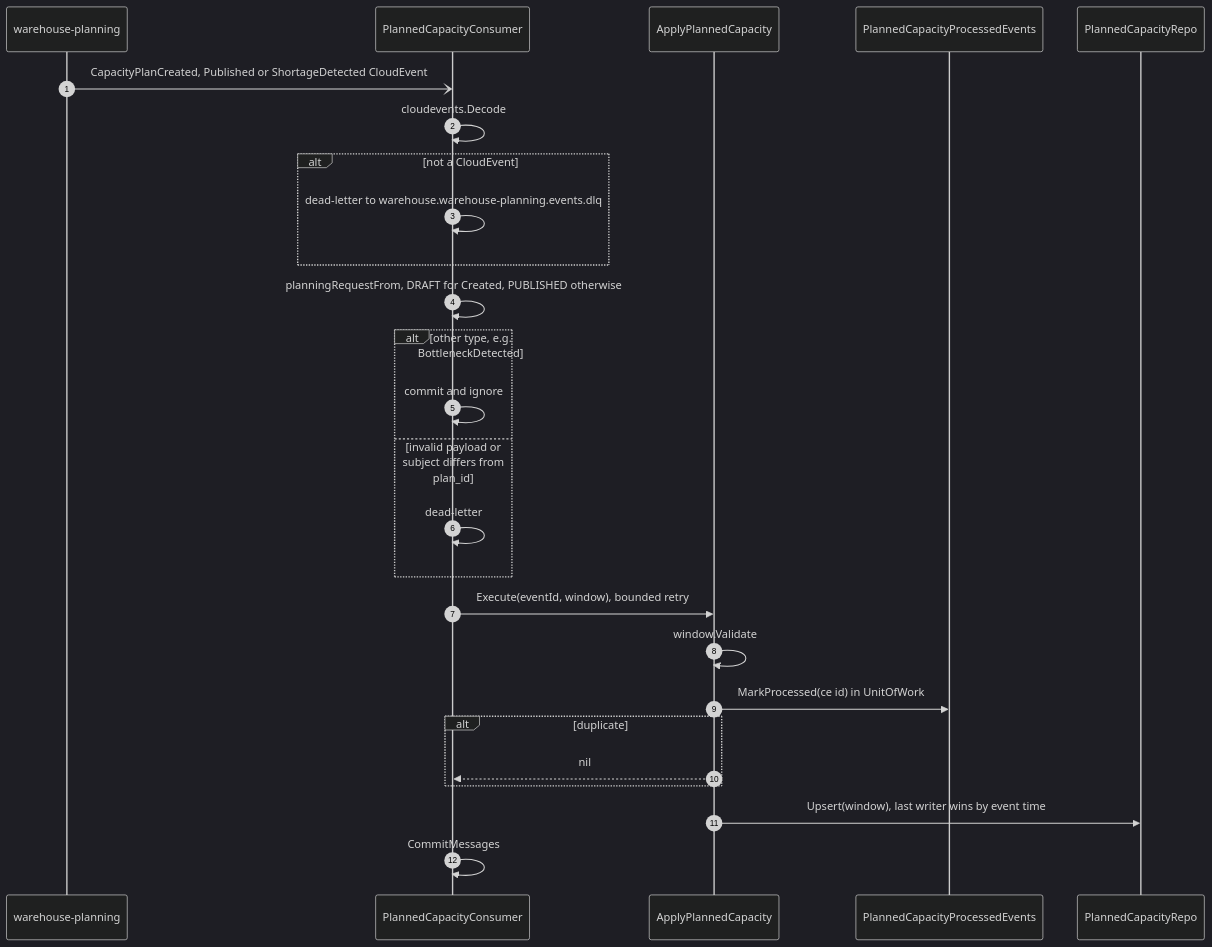
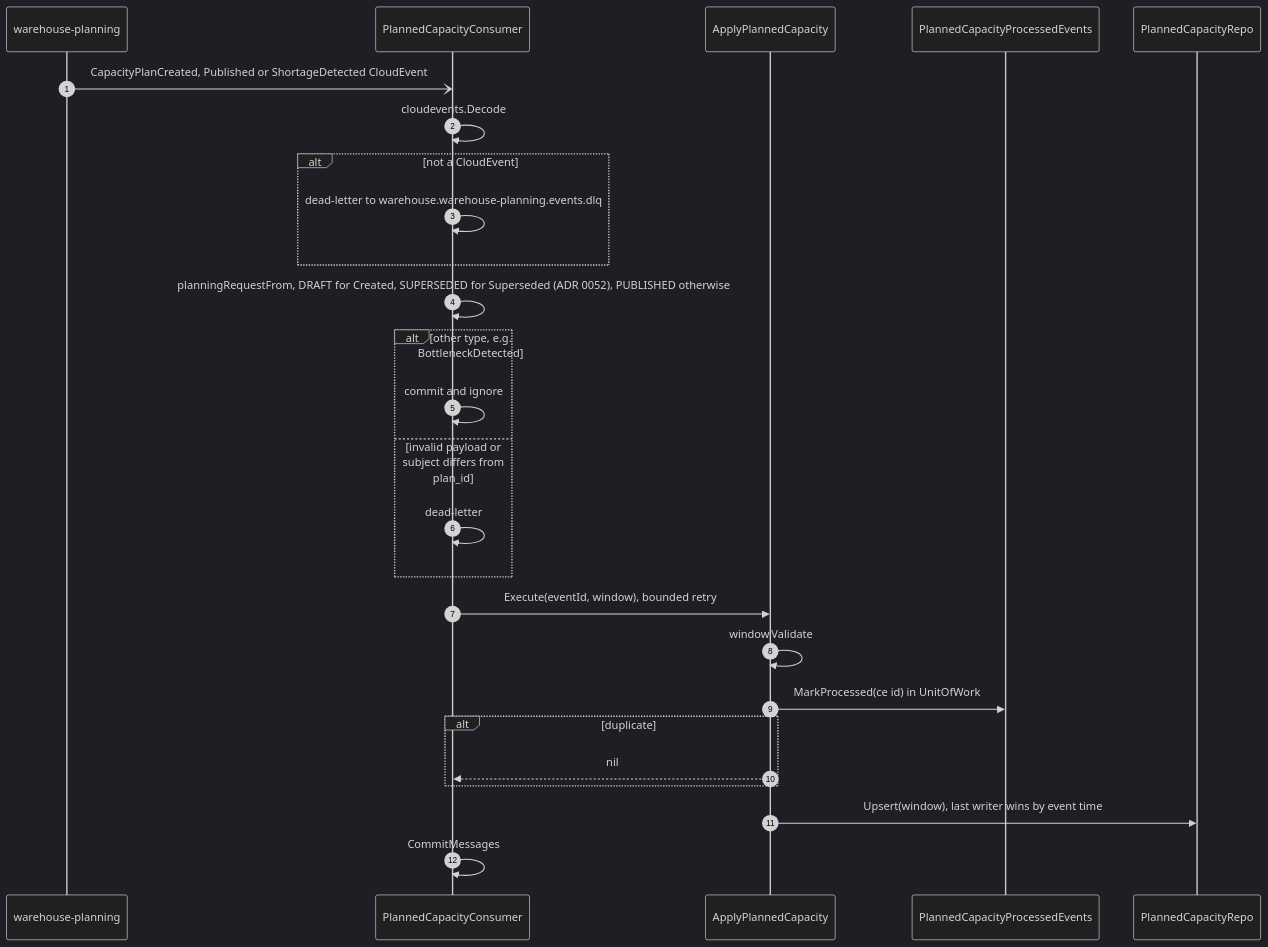
One commit to IQVO/order-management changed the eighth of 11 diagrams in docs/docs/ddd/sequence-diagrams.md. Above: the diagram before and after it, drawn with Mermaid (dark theme). The commit also changed 14 other files, not shown here.

First line of the commit message:
docs(specs): CapacityPlanSuperseded in AsyncAPI, SUPERSEDED in OpenAPI (ADR 0052)

````diff
--- a/docs/docs/ddd/sequence-diagrams.md
+++ b/docs/docs/ddd/sequence-diagrams.md
@@ -396,29 +396,29 @@
 ```mermaid
 sequenceDiagram
   autonumber
   participant WPL as warehouse-planning
   participant K as PlannedCapacityConsumer
   participant UC as ApplyPlannedCapacity
   participant PE as PlannedCapacityProcessedEvents
   participant PCR as PlannedCapacityRepo
 
   WPL-)K: CapacityPlanCreated, Published or ShortageDetected CloudEvent
   K->>K: cloudevents.Decode
   alt not a CloudEvent
     K->>K: dead-letter to warehouse.warehouse-planning.events.dlq
   end
-  K->>K: planningRequestFrom, DRAFT for Created, PUBLISHED otherwise
+  K->>K: planningRequestFrom, DRAFT for Created, SUPERSEDED for Superseded (ADR 0052), PUBLISHED otherwise
   alt other type, e.g. BottleneckDetected
     K->>K: commit and ignore
   else invalid payload or subject differs from plan_id
     K->>K: dead-letter
   end
   K->>UC: Execute(eventId, window), bounded retry
   UC->>UC: window.Validate
   UC->>PE: MarkProcessed(ce id) in UnitOfWork
   alt duplicate
     UC-->>K: nil
   end
   UC->>PCR: Upsert(window), last writer wins by event time
   K->>K: CommitMessages
 ```
````
